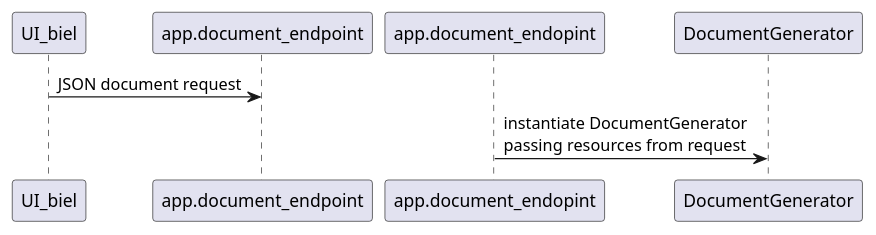
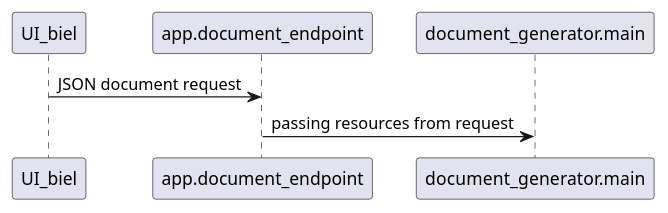
Before and after one commit to wkelly17/DOC: the diagram in docs/design.org, drawn with PlantUML. The commit also changed other lines of this file and 3 other files, not shown here.

```diff
--- a/docs/design.org
+++ b/docs/design.org
@@ -131,4 +148,4 @@
 #+begin_src plantuml :file wa_design_sequence_diagram1.png :exports results
 UI_biel -> app.document_endpoint: JSON document request
-app.document_endopint -> DocumentGenerator: instantiate DocumentGenerator\npassing resources from request
+app.document_endpoint -> document_generator.main: passing resources from request
 #+end_src
```
